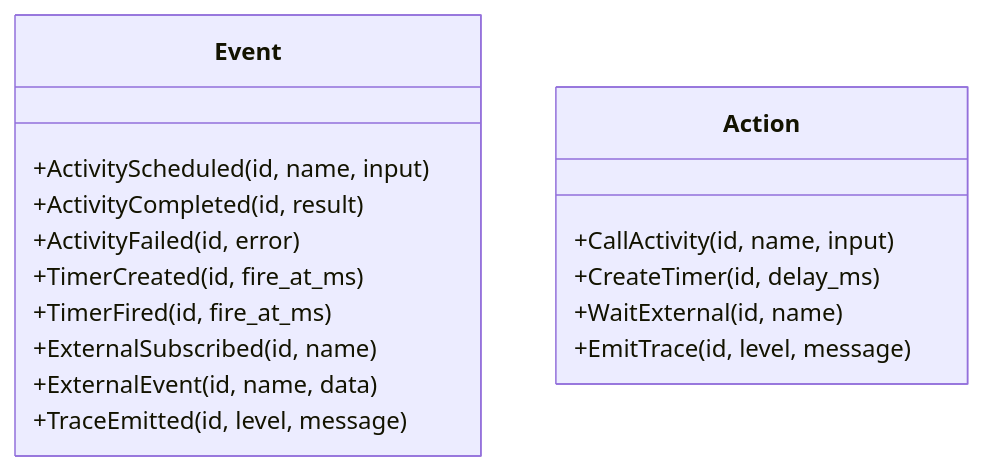
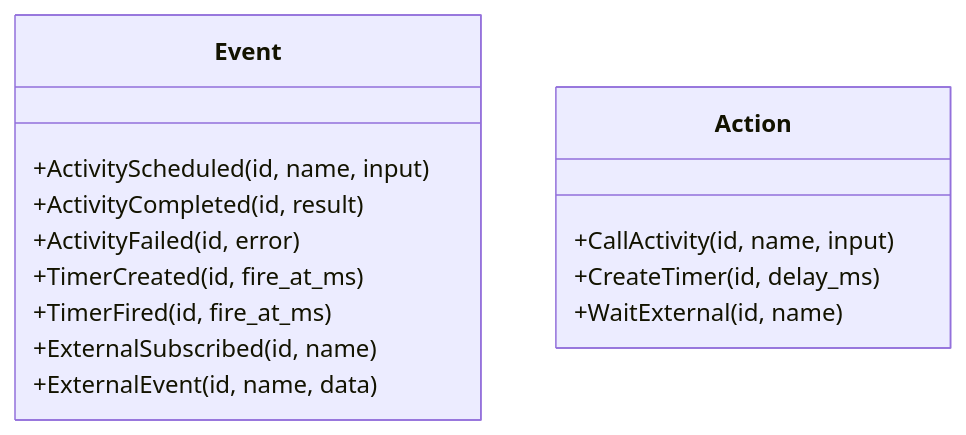
One commit to affandar/duroxide changed the second of 3 diagrams in docs/architecture.md. Above: the diagram before and after it, drawn with Mermaid. The commit also changed 19 other files, not shown here.

Commit message:
refactor(logging): remove Action::EmitTrace and Event::TraceEmitted; emit logs via tracing only feat(fs): FsHistoryStore::new(root, reset_on_create) API; runtime propagates create_instance errors; tests updated fix(races): stabilize race expectations and ordering checks

````diff
--- a/docs/architecture.md
+++ b/docs/architecture.md
@@ -32,20 +32,18 @@
 ```mermaid
 classDiagram
     class Event {
       +ActivityScheduled(id, name, input)
       +ActivityCompleted(id, result)
       +ActivityFailed(id, error)
       +TimerCreated(id, fire_at_ms)
       +TimerFired(id, fire_at_ms)
       +ExternalSubscribed(id, name)
       +ExternalEvent(id, name, data)
-      +TraceEmitted(id, level, message)
     }
 
     class Action {
       +CallActivity(id, name, input)
       +CreateTimer(id, delay_ms)
       +WaitExternal(id, name)
-      +EmitTrace(id, level, message)
     }
 ```
````
